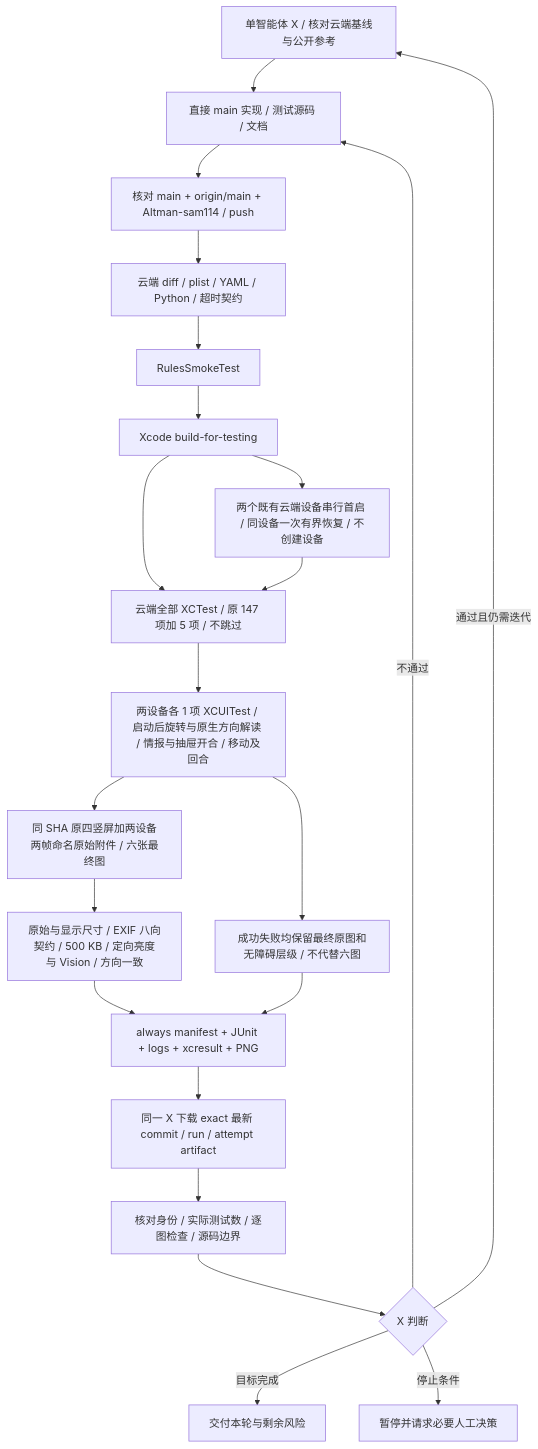
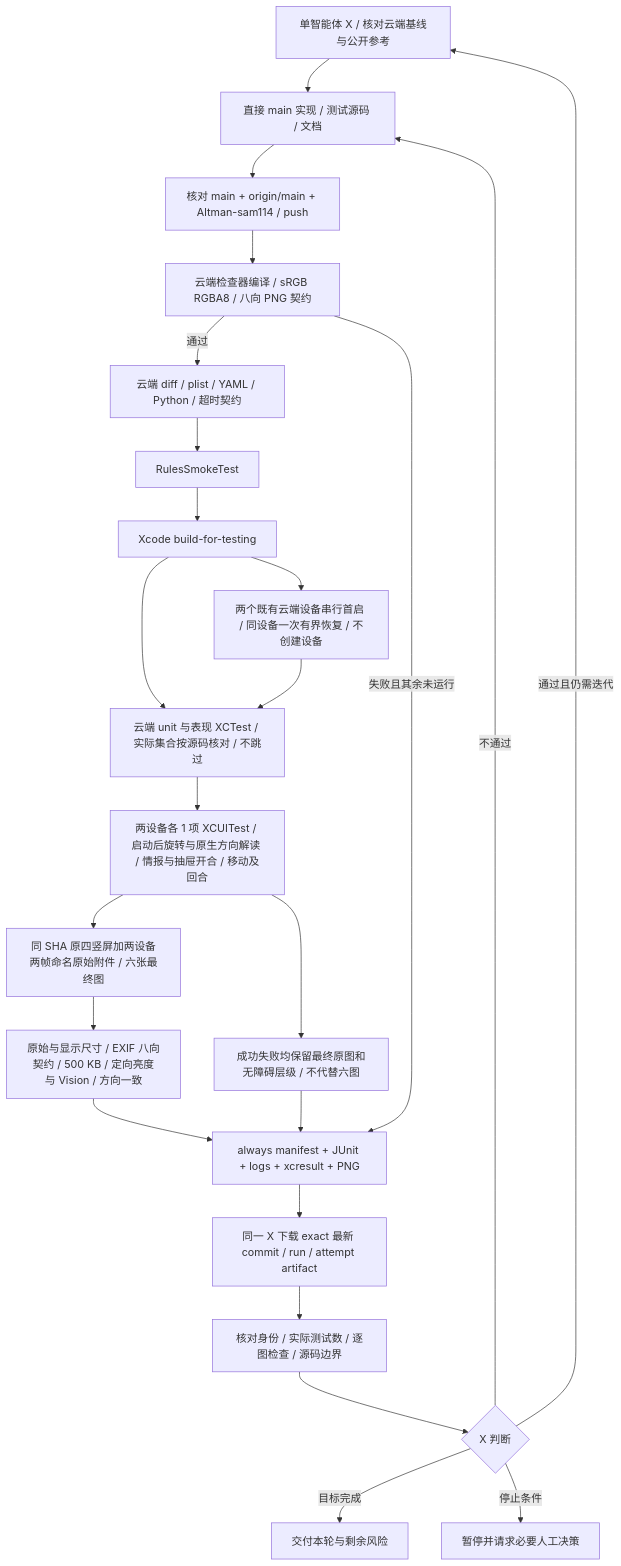
One commit to Altman-sam114/116 changed the third of 3 diagrams in md/flow/flowchart.md. Above: the diagram before and after it, drawn with Mermaid. The commit also changed other lines of this file and 11 other files, not shown here.

````diff
--- a/md/flow/flowchart.md
+++ b/md/flow/flowchart.md
@@ -64,24 +64,26 @@
 ```mermaid
 flowchart TD
     X[单智能体 X / 核对云端基线与公开参考] --> Implement[直接 main 实现 / 测试源码 / 文档]
     Implement --> Push[核对 main + origin/main + Altman-sam114 / push]
-    Push --> Static[云端 diff / plist / YAML / Python / 超时契约]
+    Push --> Inspector[云端检查器编译 / sRGB RGBA8 / 八向 PNG 契约]
+    Inspector -->|通过| Static[云端 diff / plist / YAML / Python / 超时契约]
+    Inspector -->|失败且其余未运行| Package
     Static --> Smoke[RulesSmokeTest]
     Smoke --> Build[Xcode build-for-testing]
-    Build --> XCTest[云端全部 XCTest / 原 147 项加 5 项 / 不跳过]
+    Build --> XCTest[云端 unit 与表现 XCTest / 实际集合按源码核对 / 不跳过]
     Build --> Boot[两个既有云端设备串行首启 / 同设备一次有界恢复 / 不创建设备]
     Boot --> XCTest
     XCTest --> UI[两设备各 1 项 XCUITest / 启动后旋转与原生方向解读 / 情报与抽屉开合 / 移动及回合]
     UI --> Six[同 SHA 原四竖屏加两设备两帧命名原始附件 / 六张最终图]
     UI --> Diagnostics[成功失败均保留最终原图和无障碍层级 / 不代替六图]
     Six --> Gates[原始与显示尺寸 / EXIF 八向契约 / 500 KB / 定向亮度与 Vision / 方向一致]
     Gates --> Package[always manifest + JUnit + logs + xcresult + PNG]
     Diagnostics --> Package
     Package --> Download[同一 X 下载 exact 最新 commit / run / attempt artifact]
     Download --> Review[核对身份 / 实际测试数 / 逐图检查 / 源码边界]
     Review --> Decision{X 判断}
     Decision -->|通过且仍需迭代| X
     Decision -->|不通过| Implement
     Decision -->|目标完成| Done[交付本轮与剩余风险]
     Decision -->|停止条件| Stop[暂停并请求必要人工决策]
 ```
````
